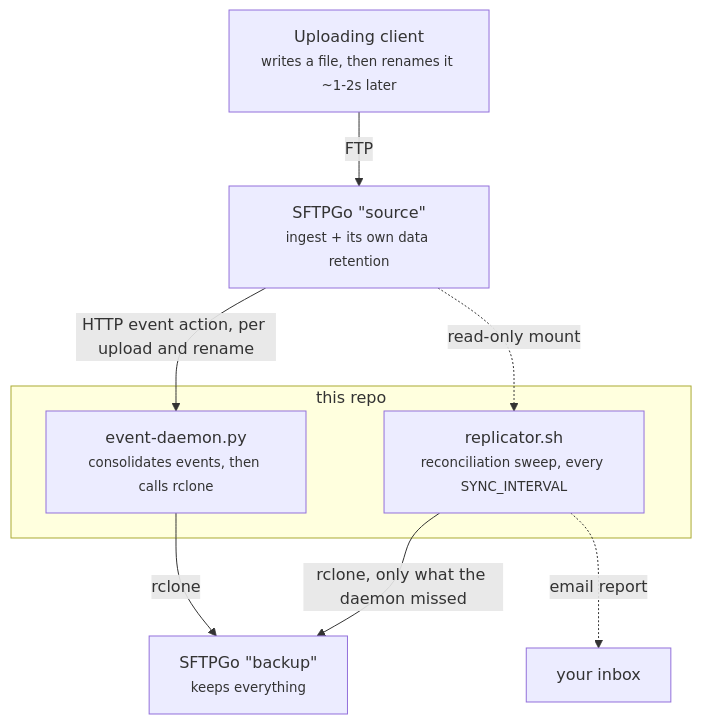
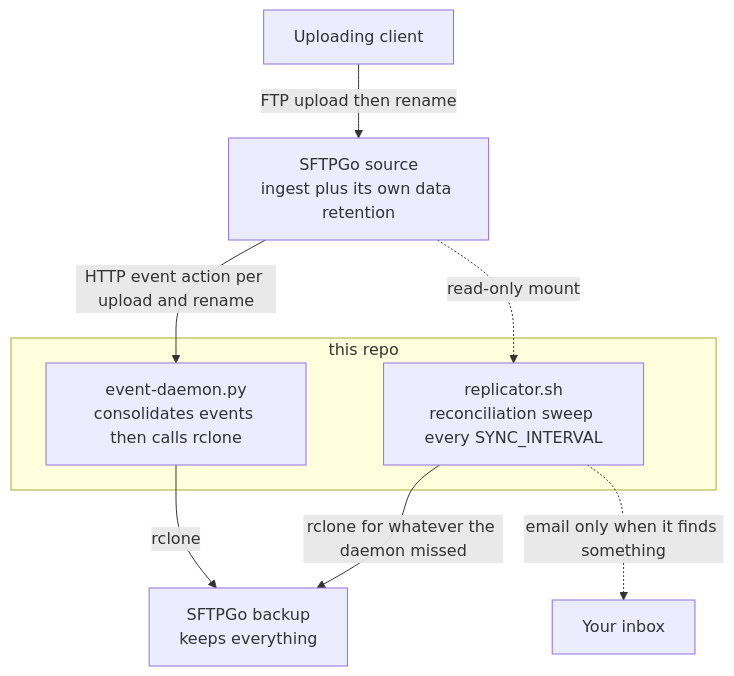
One commit to andrebrait/ftp-replicator changed the diagram in README.md. Above: the diagram before and after it, drawn with Mermaid. The commit also changed other lines of this file and 3 other files, not shown here.

First line of the commit message:
fix: flat layout, working mermaid diagram, and a real obscure step

````diff
--- a/README.md
+++ b/README.md
@@ -11,20 +11,21 @@
 ```mermaid
 flowchart TD
-    client["Uploading client<br/><small>writes a file, then renames it ~1-2s later</small>"]
-    source["SFTPGo &quot;source&quot;<br/><small>ingest + its own data retention</small>"]
-    daemon["event-daemon.py<br/><small>consolidates events, then calls rclone</small>"]
-    sweep["replicator.sh<br/><small>reconciliation sweep, every SYNC_INTERVAL</small>"]
-    backup["SFTPGo &quot;backup&quot;<br/><small>keeps everything</small>"]
+    client[Uploading client]
+    source[SFTPGo source<br/>ingest plus its own data retention]
+    daemon[event-daemon.py<br/>consolidates events then calls rclone]
+    sweep[replicator.sh<br/>reconciliation sweep every SYNC_INTERVAL]
+    backup[SFTPGo backup<br/>keeps everything]
+    inbox[Your inbox]
 
-    client -->|FTP| source
-    source -->|"HTTP event action, per upload and rename"| daemon
-    source -.->|"read-only mount"| sweep
+    client -->|FTP upload then rename| source
+    source -->|HTTP event action per upload and rename| daemon
+    source -.->|read-only mount| sweep
     daemon -->|rclone| backup
-    sweep -->|"rclone, only what the daemon missed"| backup
-    sweep -.->|"email report"| inbox["your inbox"]
+    sweep -->|rclone for whatever the daemon missed| backup
+    sweep -.->|email only when it finds something| inbox
 
-    subgraph repo ["this repo"]
+    subgraph repo [this repo]
         daemon
         sweep
     end
 ```
````
